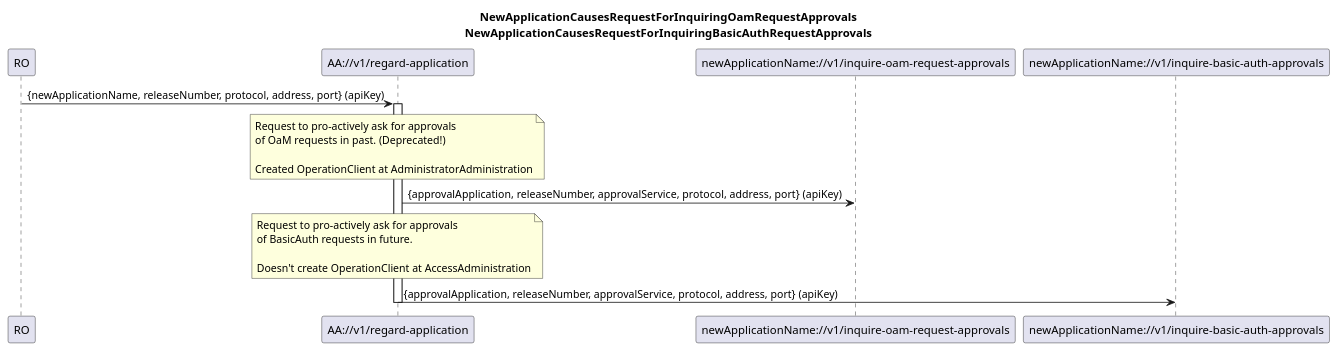
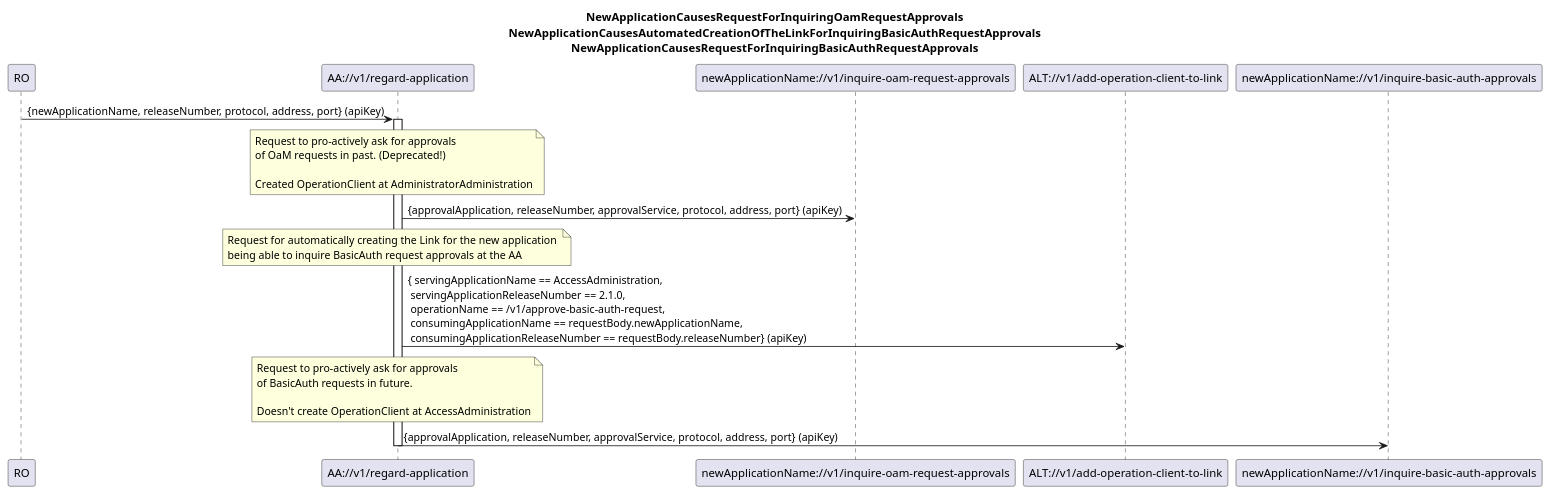
Before and after one commit to openBackhaul/AdministratorAdministration: the diagram in spec/diagrams/is001_regardApplication.plantuml, drawn with PlantUML. The commit also changed 4 other files, not shown here.

Commit message:
Automate creation of Link (fixes #296)

```diff
--- a/spec/diagrams/is001_regardApplication.plantuml
+++ b/spec/diagrams/is001_regardApplication.plantuml
@@ -1,35 +1,43 @@
 @startuml is001_regardApplication
 skinparam responseMessageBelowArrow true
 
 title
 NewApplicationCausesRequestForInquiringOamRequestApprovals
+NewApplicationCausesAutomatedCreationOfTheLinkForInquiringBasicAuthRequestApprovals
 NewApplicationCausesRequestForInquiringBasicAuthRequestApprovals
 end title
 
 participant "RO" as ro
 participant "AA://v1/regard-application" as aa
 participant "newApplicationName://v1/inquire-oam-request-approvals" as newApplicationPast
+participant "ALT://v1/add-operation-client-to-link" as alt
 participant "newApplicationName://v1/inquire-basic-auth-approvals" as newApplicationFuture
 
 ro -> aa : {newApplicationName, releaseNumber, protocol, address, port} (apiKey)
 activate aa
 
 note over aa
 Request to pro-actively ask for approvals
 of OaM requests in past. (Deprecated!)
 
 Created OperationClient at AdministratorAdministration
 end note
 aa -> newApplicationPast : {approvalApplication, releaseNumber, approvalService, protocol, address, port} (apiKey)
 
 note over aa
+Request for automatically creating the Link for the new application 
+being able to inquire BasicAuth request approvals at the AA
+end note
+aa -> alt : { servingApplicationName == AccessAdministration,\n servingApplicationReleaseNumber == 2.1.0,\n operationName == /v1/approve-basic-auth-request,\n consumingApplicationName == requestBody.newApplicationName,\n consumingApplicationReleaseNumber == requestBody.releaseNumber} (apiKey)
+
+note over aa
 Request to pro-actively ask for approvals
 of BasicAuth requests in future.
 
 Doesn't create OperationClient at AccessAdministration
 end note
 aa -> newApplicationFuture : {approvalApplication, releaseNumber, approvalService, protocol, address, port} (apiKey)
 
 deactivate aa
 
 @enduml
```
